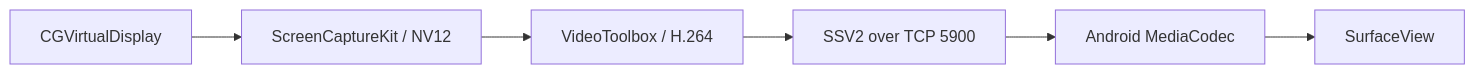
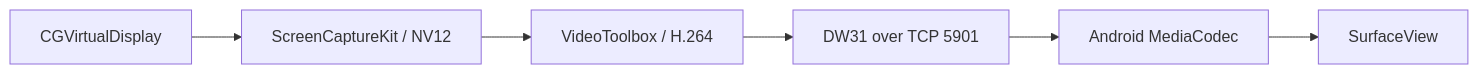
One commit to TTiba/deskwave changed the diagram in README.md. Above: the diagram before and after it, drawn with Mermaid. The commit also changed other lines of this file and 15 other files, not shown here.

````diff
--- a/README.md
+++ b/README.md
@@ -112,8 +112,8 @@
 ```mermaid
 flowchart LR
     VD["CGVirtualDisplay"] --> SC["ScreenCaptureKit / NV12"]
     SC --> VT["VideoToolbox / H.264"]
-    VT --> TCP["SSV2 over TCP 5900"]
+    VT --> TCP["DW31 over TCP 5901"]
     TCP --> MC["Android MediaCodec"]
     MC --> SV["SurfaceView"]
 ```
````
